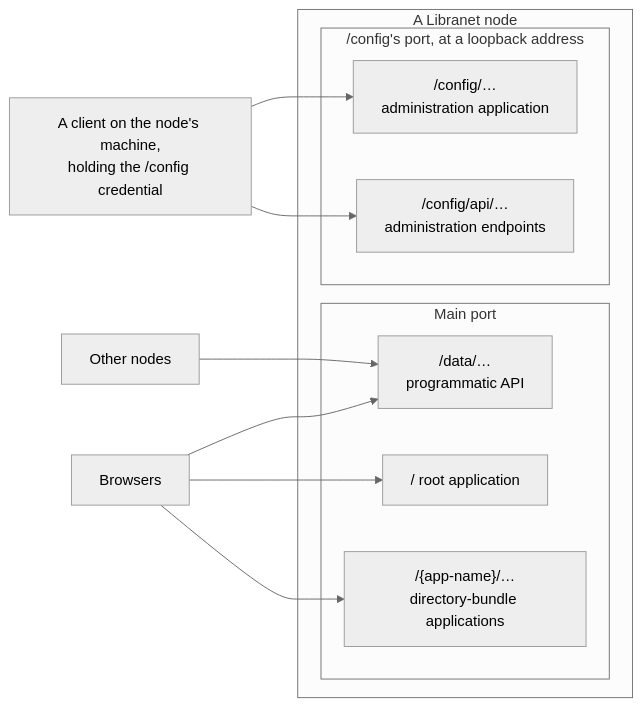
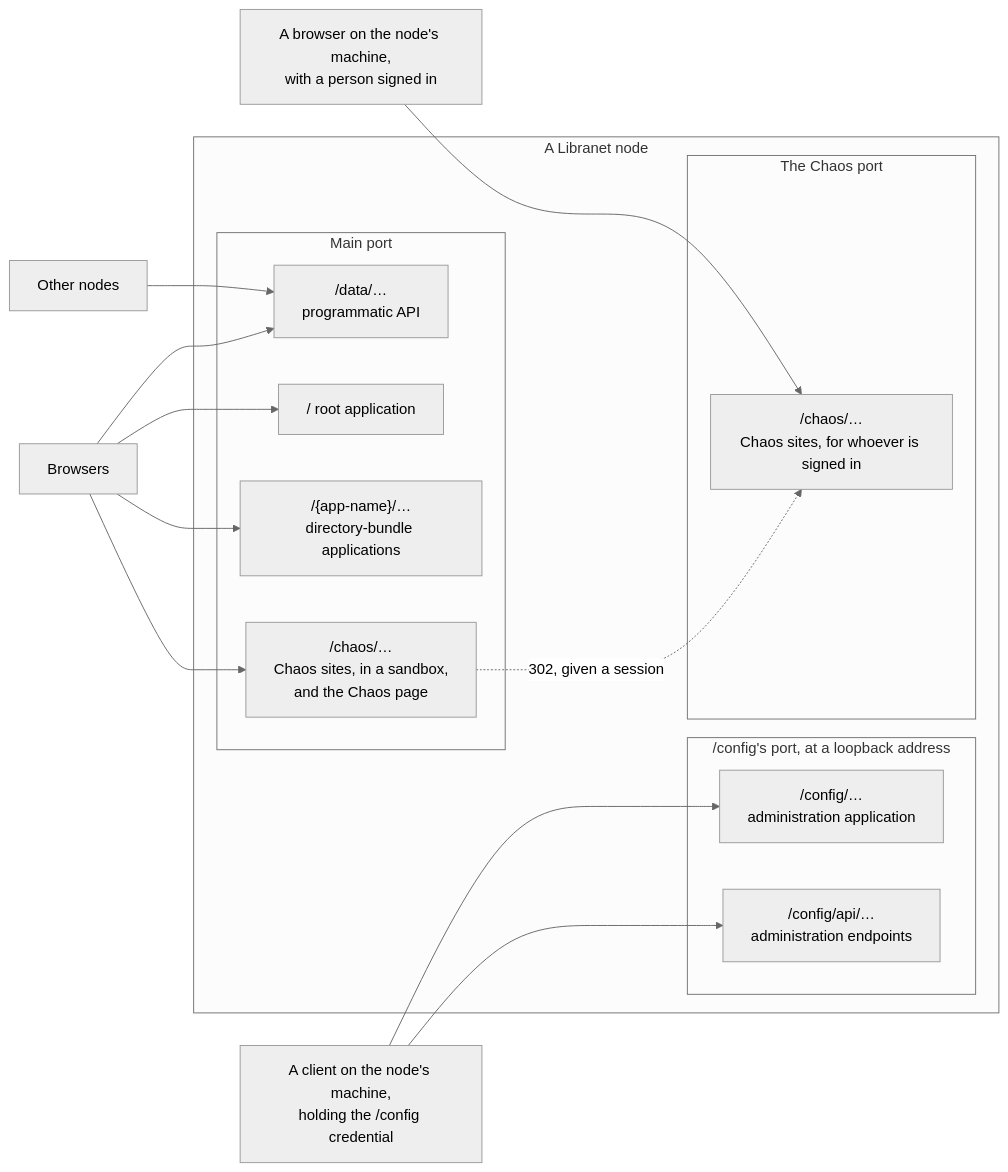
One commit to marcpage/libranet changed the first of 14 diagrams in docs/specs/HttpApi.md. Above: the diagram before and after it, drawn with Mermaid (neutral theme). The commit also changed other lines of this file and 4 other files, not shown here.

````diff
--- a/docs/specs/HttpApi.md
+++ b/docs/specs/HttpApi.md
@@ -137,20 +145,27 @@
 ```mermaid
 flowchart LR
     peers["Other nodes"] --> data
     browsers["Browsers"] --> root
     browsers --> apps
     browsers --> data
+    browsers --> chaos
     local["A client on the node's machine,<br/>holding the /config credential"] --> cfgapp
     local --> cfgapi
+    signed["A browser on the node's machine,<br/>with a person signed in"] --> chaossites
     subgraph node["A Libranet node"]
         subgraph main["Main port"]
             data["/data/…<br/>programmatic API"]
             root["/ root application"]
             apps["/{app-name}/…<br/>directory-bundle applications"]
+            chaos["/chaos/…<br/>Chaos sites, in a sandbox,<br/>and the Chaos page"]
         end
         subgraph cfg["/config's port, at a loopback address"]
             cfgapp["/config/…<br/>administration application"]
             cfgapi["/config/api/…<br/>administration endpoints"]
         end
+        subgraph chaosport["The Chaos port"]
+            chaossites["/chaos/…<br/>Chaos sites, for whoever is signed in"]
+        end
     end
+    chaos -.->|"302, given a session"| chaossites
 ```
````
